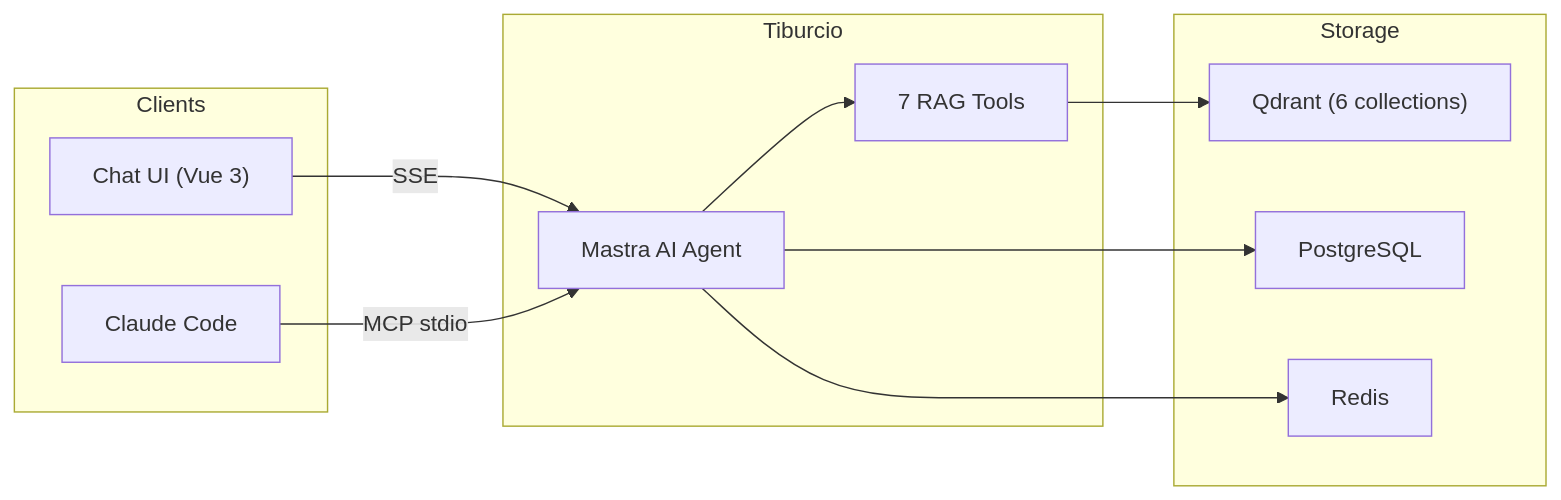
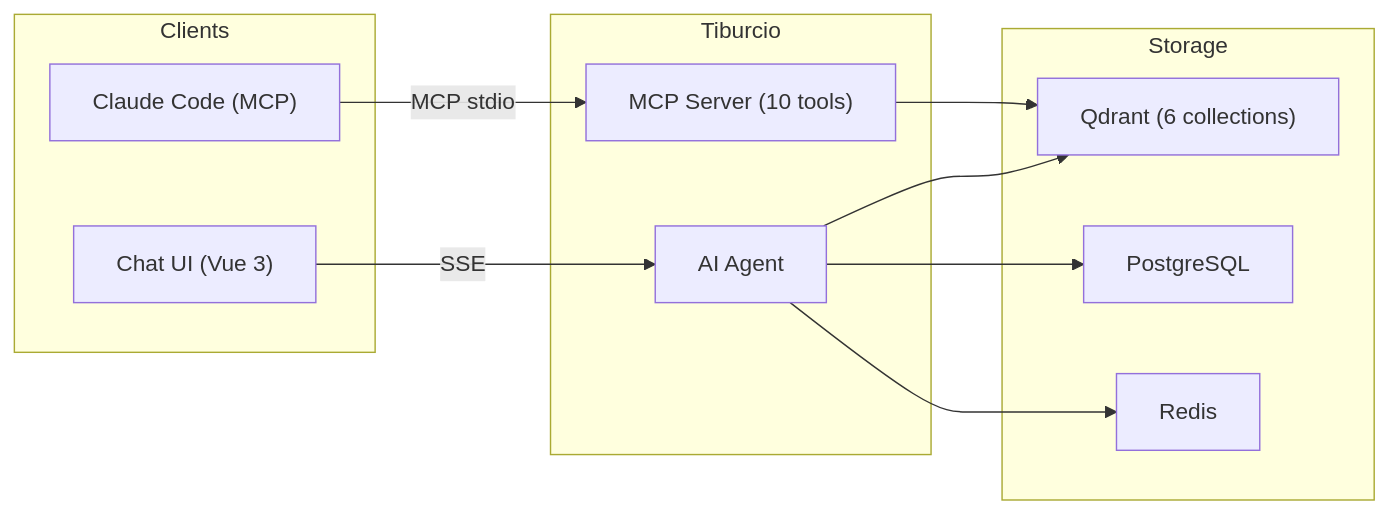
The first of 2 diagrams in README.md (JoaoMorais03/Tiburcio), drawn with Mermaid before and after one commit. The commit also changed other lines of this file and 74 other files, not shown here.

````diff
--- a/README.md
+++ b/README.md
@@ -49,24 +57,23 @@
 ```mermaid
 graph LR
     subgraph Clients
+        CC["Claude Code (MCP)"]
         UI["Chat UI (Vue 3)"]
-        CC["Claude Code"]
     end
 
     subgraph Tiburcio
-        Agent["Mastra AI Agent"]
-        Tools["7 RAG Tools"]
+        MCP["MCP Server (10 tools)"]
+        Agent["AI Agent"]
     end
 
     subgraph Storage
         Qdrant["Qdrant (6 collections)"]
         PG["PostgreSQL"]
         Redis["Redis"]
     end
 
-    UI -- SSE --> Agent
-    CC -- MCP stdio --> Agent
-    Agent --> Tools --> Qdrant
+    CC -- MCP stdio --> MCP --> Qdrant
+    UI -- SSE --> Agent --> Qdrant
     Agent --> PG
     Agent --> Redis
 ```
````
